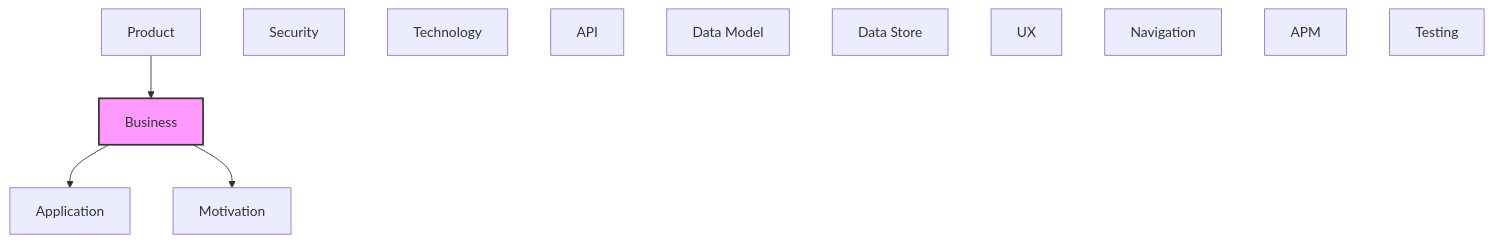
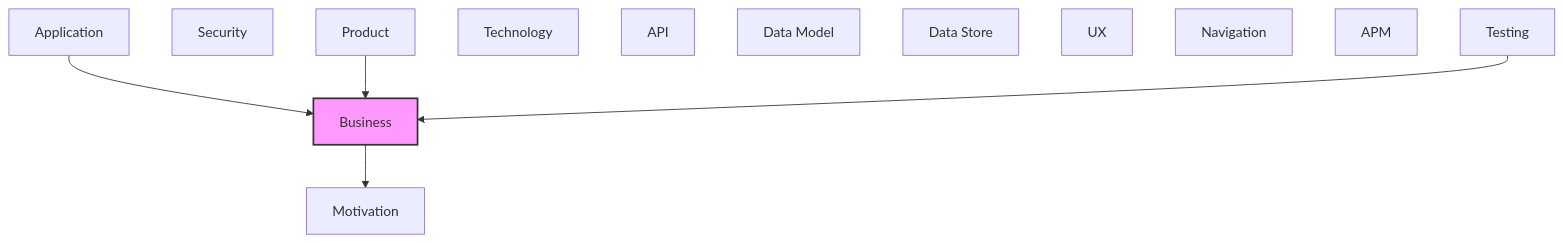
One commit to tinkermonkey/heimdall changed the second of 2 diagrams in documentation-robotics/reports/02-business-layer-report.md. Above: the diagram before and after it, drawn with Mermaid. The commit also changed other lines of this file and 50 other files, not shown here.

````diff
--- a/documentation-robotics/reports/02-business-layer-report.md
+++ b/documentation-robotics/reports/02-business-layer-report.md
@@ -55,21 +55,22 @@
 ```mermaid
 flowchart TB
   classDef current fill:#f9f,stroke:#333,stroke-width:2px
   motivation["Motivation"]
   business["Business"]
   product["Product"]
   security["Security"]
   application["Application"]
   technology["Technology"]
   api["API"]
   data_model["Data Model"]
   data_store["Data Store"]
   ux["UX"]
   navigation["Navigation"]
   apm["APM"]
   testing["Testing"]
-  business --> application
+  application --> business
   business --> motivation
   product --> business
+  testing --> business
   class business current
 ```
````
